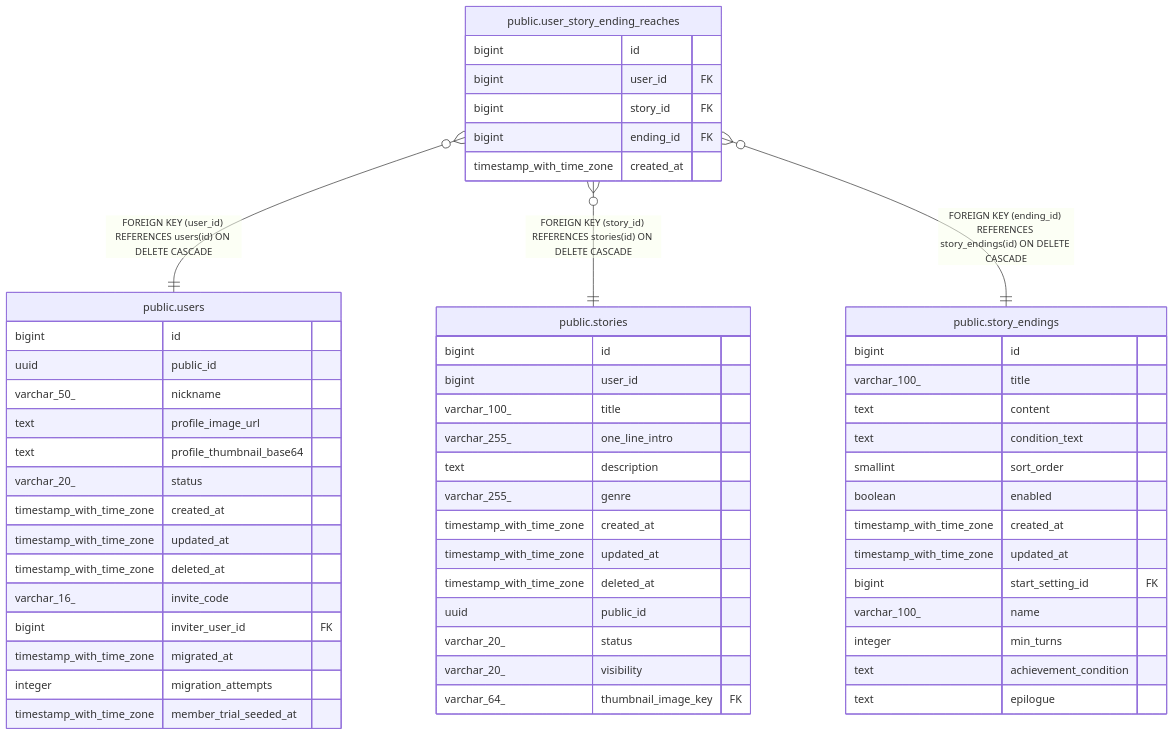
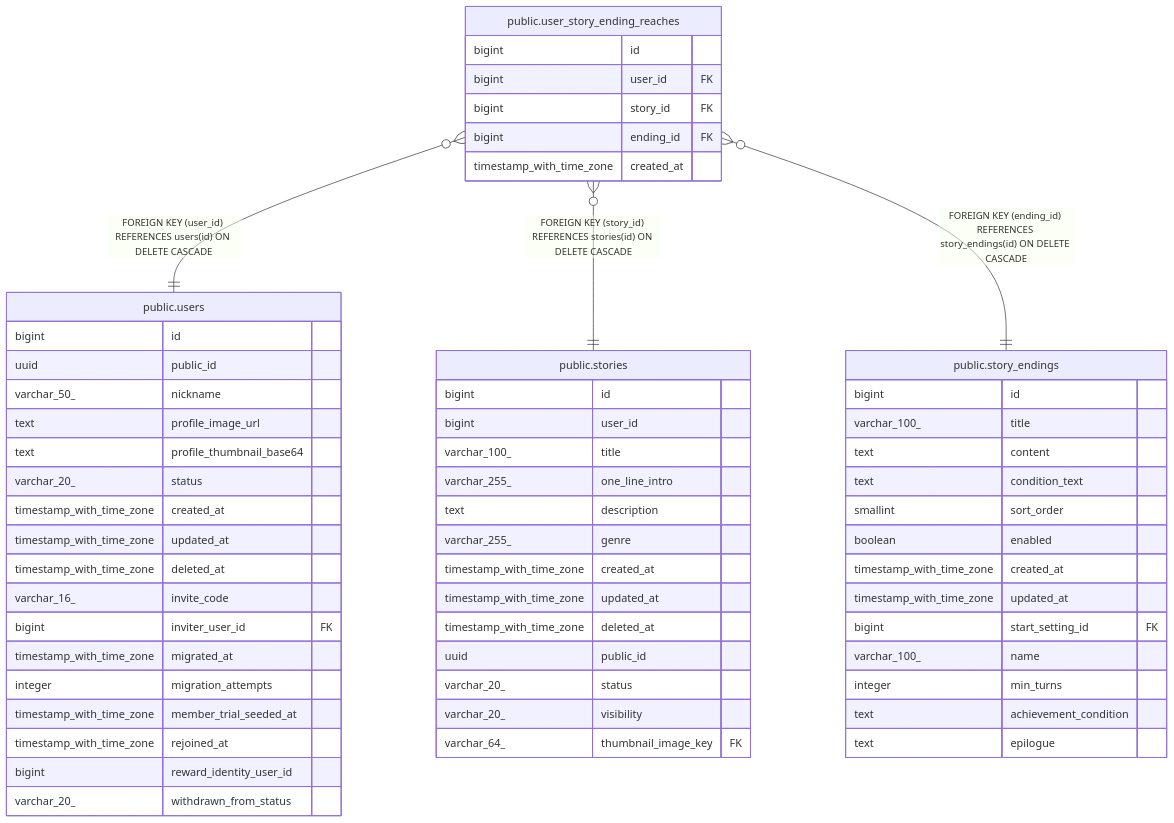
Before and after one commit to KIM-N-KANG/manyak-server: the diagram in dbdoc/public.user_story_ending_reaches.md, drawn with Mermaid. The commit also changed 35 other files, not shown here.

````diff
--- a/dbdoc/public.user_story_ending_reaches.md
+++ b/dbdoc/public.user_story_ending_reaches.md
@@ -33,61 +33,64 @@
 ```mermaid
 erDiagram
 
 "public.user_story_ending_reaches" }o--|| "public.users" : "FOREIGN KEY (user_id) REFERENCES users(id) ON DELETE CASCADE"
 "public.user_story_ending_reaches" }o--|| "public.stories" : "FOREIGN KEY (story_id) REFERENCES stories(id) ON DELETE CASCADE"
 "public.user_story_ending_reaches" }o--|| "public.story_endings" : "FOREIGN KEY (ending_id) REFERENCES story_endings(id) ON DELETE CASCADE"
 
 "public.user_story_ending_reaches" {
   bigint id
   bigint user_id FK
   bigint story_id FK
   bigint ending_id FK
   timestamp_with_time_zone created_at
 }
 "public.users" {
   bigint id
   uuid public_id
   varchar_50_ nickname
   text profile_image_url
   text profile_thumbnail_base64
   varchar_20_ status
   timestamp_with_time_zone created_at
   timestamp_with_time_zone updated_at
   timestamp_with_time_zone deleted_at
   varchar_16_ invite_code
   bigint inviter_user_id FK
   timestamp_with_time_zone migrated_at
   integer migration_attempts
   timestamp_with_time_zone member_trial_seeded_at
+  timestamp_with_time_zone rejoined_at
+  bigint reward_identity_user_id
+  varchar_20_ withdrawn_from_status
 }
 "public.stories" {
   bigint id
   bigint user_id
   varchar_100_ title
   varchar_255_ one_line_intro
   text description
   varchar_255_ genre
   timestamp_with_time_zone created_at
   timestamp_with_time_zone updated_at
   timestamp_with_time_zone deleted_at
   uuid public_id
   varchar_20_ status
   varchar_20_ visibility
   varchar_64_ thumbnail_image_key FK
 }
 "public.story_endings" {
   bigint id
   varchar_100_ title
   text content
   text condition_text
   smallint sort_order
   boolean enabled
   timestamp_with_time_zone created_at
   timestamp_with_time_zone updated_at
   bigint start_setting_id FK
   varchar_100_ name
   integer min_turns
   text achievement_condition
   text epilogue
 }
 ```
````
